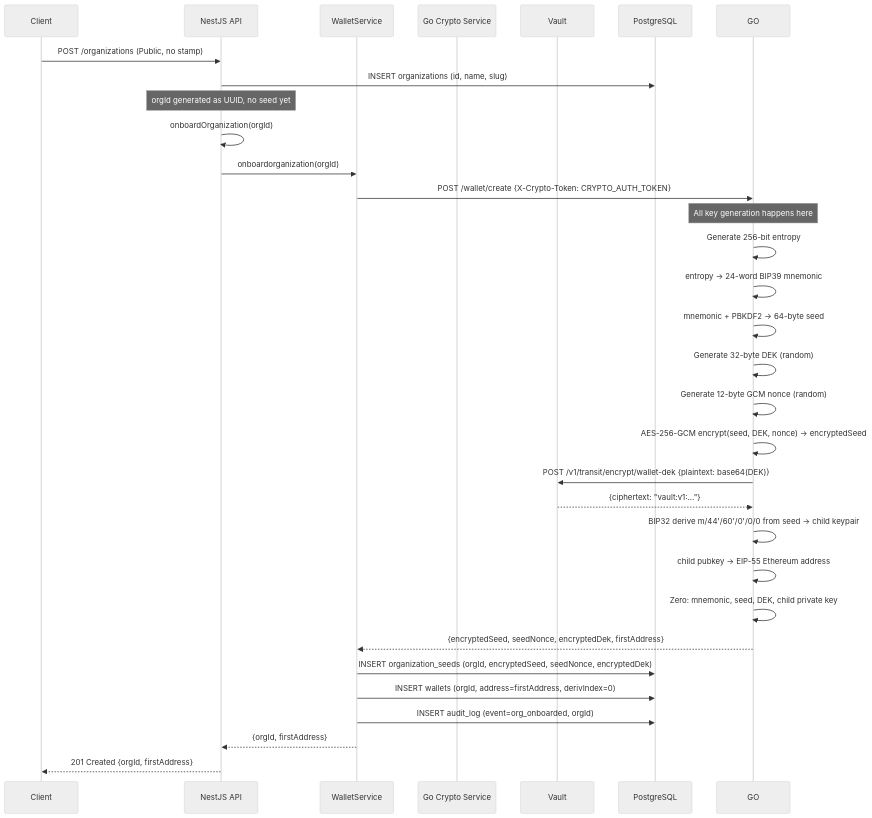
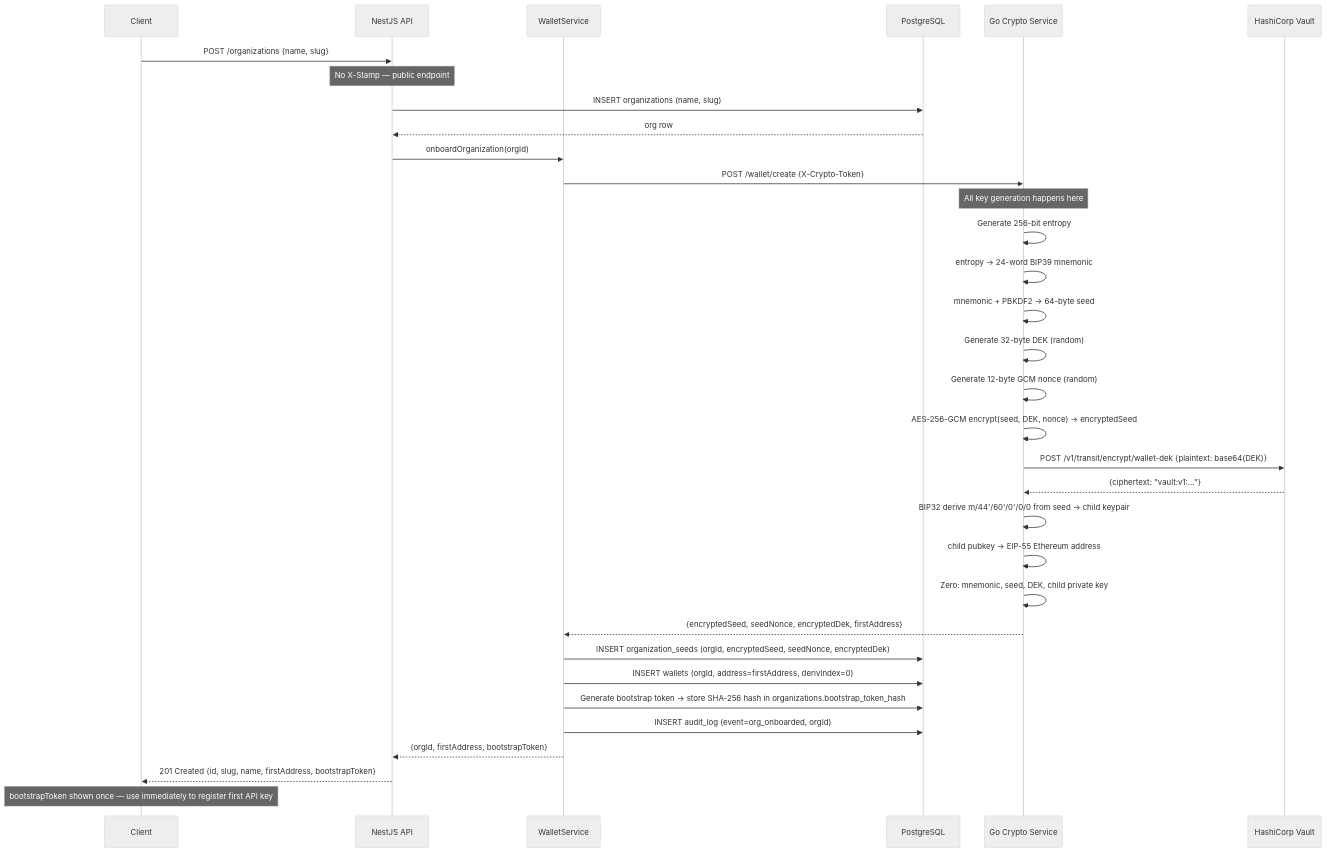
Before and after one commit to sg-milad/BrokeTurnkey: the second of 11 diagrams in docs/SEQUENCE_DIAGRAMS.md, drawn with Mermaid (neutral theme). The commit also changed other lines of this file, not shown here.

````diff
--- a/docs/SEQUENCE_DIAGRAMS.md
+++ b/docs/SEQUENCE_DIAGRAMS.md
@@ -44,41 +45,45 @@
 ```mermaid
 sequenceDiagram
     participant C as Client
     participant API as NestJS API
     participant WS as WalletService
-    participant GC as Go Crypto Service
-    participant V as Vault
     participant DB as PostgreSQL
+    participant GO as Go Crypto Service
+    participant V as HashiCorp Vault
 
-    C->>API: POST /organizations (Public, no stamp)
-    API->>DB: INSERT organizations (id, name, slug)
-    note over API: orgId generated as UUID, no seed yet
-    API->>API: onboardOrganization(orgId)
-    API->>WS: onboardorganization(orgId)
+    C->>API: POST /organizations {name, slug}
+    note over API: No X-Stamp — public endpoint
 
-    WS->>GO: POST /wallet/create {X-Crypto-Token: CRYPTO_AUTH_TOKEN}
+    API->>DB: INSERT organizations (name, slug)
+    DB-->>API: org row
+
+    API->>WS: onboardOrganization(orgId)
+    WS->>GO: POST /wallet/create {X-Crypto-Token}
 
     note over GO: All key generation happens here
     GO->>GO: Generate 256-bit entropy
     GO->>GO: entropy → 24-word BIP39 mnemonic
     GO->>GO: mnemonic + PBKDF2 → 64-byte seed
     GO->>GO: Generate 32-byte DEK (random)
     GO->>GO: Generate 12-byte GCM nonce (random)
     GO->>GO: AES-256-GCM encrypt(seed, DEK, nonce) → encryptedSeed
 
     GO->>V: POST /v1/transit/encrypt/wallet-dek {plaintext: base64(DEK)}
     V-->>GO: {ciphertext: "vault:v1:..."}
 
     GO->>GO: BIP32 derive m/44'/60'/0'/0/0 from seed → child keypair
     GO->>GO: child pubkey → EIP-55 Ethereum address
     GO->>GO: Zero: mnemonic, seed, DEK, child private key
 
     GO-->>WS: {encryptedSeed, seedNonce, encryptedDek, firstAddress}
 
     WS->>DB: INSERT organization_seeds (orgId, encryptedSeed, seedNonce, encryptedDek)
     WS->>DB: INSERT wallets (orgId, address=firstAddress, derivIndex=0)
+    WS->>DB: Generate bootstrap token → store SHA-256 hash in organizations.bootstrap_token_hash
     WS->>DB: INSERT audit_log (event=org_onboarded, orgId)
 
-    WS-->>API: {orgId, firstAddress}
-    API-->>C: 201 Created {orgId, firstAddress}
+    WS-->>API: {orgId, firstAddress, bootstrapToken}
+    API-->>C: 201 Created {id, slug, name, firstAddress, bootstrapToken}
+
+    note over C: bootstrapToken shown once — use immediately to register first API key
 ```
````
